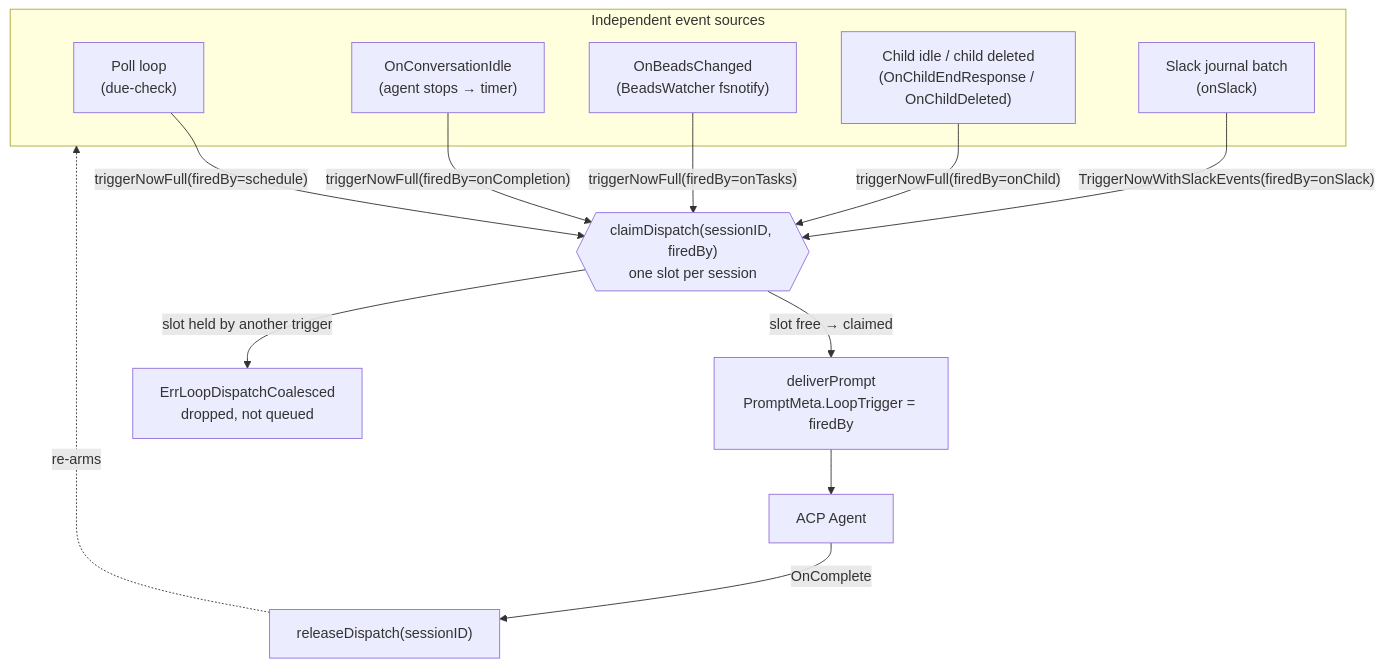
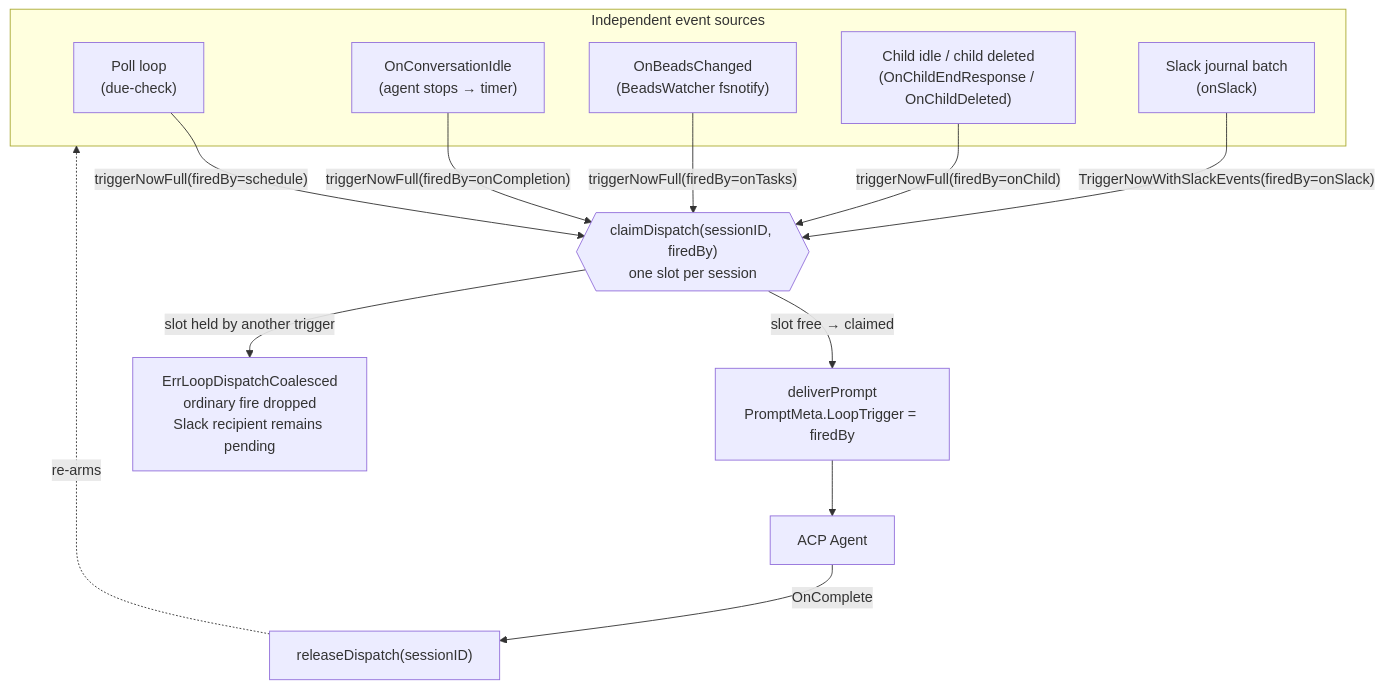
One commit to inercia/mitto changed the second of 6 diagrams in docs/devel/message-queue.md. Above: the diagram before and after it, drawn with Mermaid. The commit also changed other lines of this file and 7 other files, not shown here.

````diff
--- a/docs/devel/message-queue.md
+++ b/docs/devel/message-queue.md
@@ -175,24 +177,24 @@
 ```mermaid
 flowchart TB
     subgraph Sources["Independent event sources"]
         SCHED["Poll loop<br/>(due-check)"]
         COMP["OnConversationIdle<br/>(agent stops → timer)"]
         TASKS["OnBeadsChanged<br/>(BeadsWatcher fsnotify)"]
         CHILD["Child idle / child deleted<br/>(OnChildEndResponse / OnChildDeleted)"]
         SLACK["Slack journal batch<br/>(onSlack)"]
     end
 
     SCHED -->|"triggerNowFull(firedBy=schedule)"| CLAIM
     COMP -->|"triggerNowFull(firedBy=onCompletion)"| CLAIM
     TASKS -->|"triggerNowFull(firedBy=onTasks)"| CLAIM
     CHILD -->|"triggerNowFull(firedBy=onChild)"| CLAIM
     SLACK -->|"TriggerNowWithSlackEvents(firedBy=onSlack)"| CLAIM
 
     CLAIM{{"claimDispatch(sessionID, firedBy)<br/>one slot per session"}}
     CLAIM -->|"slot free → claimed"| DELIVER["deliverPrompt<br/>PromptMeta.LoopTrigger = firedBy"]
-    CLAIM -->|"slot held by another trigger"| DROP["ErrLoopDispatchCoalesced<br/>dropped, not queued"]
+    CLAIM -->|"slot held by another trigger"| DROP["ErrLoopDispatchCoalesced<br/>ordinary fire dropped<br/>Slack recipient remains pending"]
 
     DELIVER --> AGENT[ACP Agent]
     AGENT -->|OnComplete| RELEASE["releaseDispatch(sessionID)"]
     RELEASE -.->|"re-arms"| Sources
 ```
````
